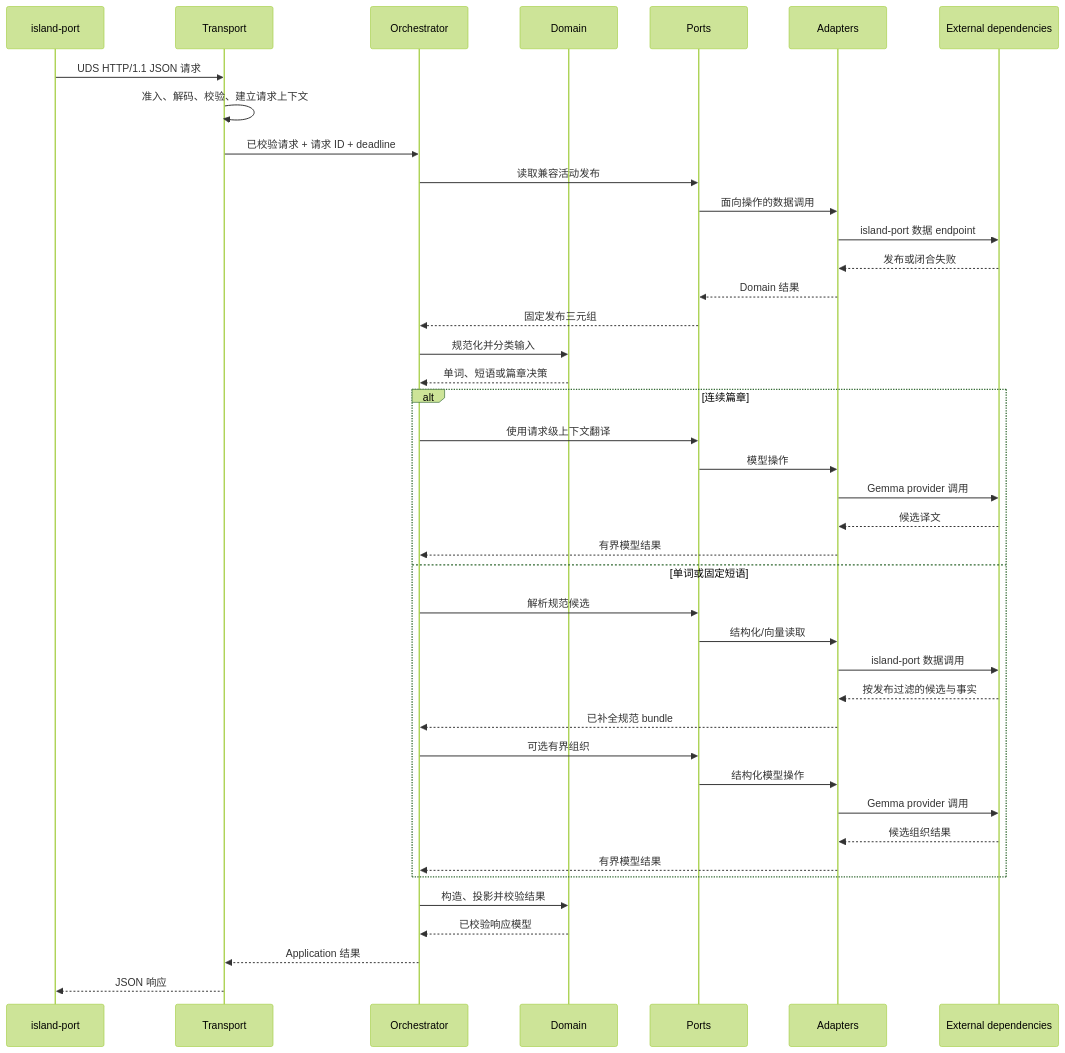
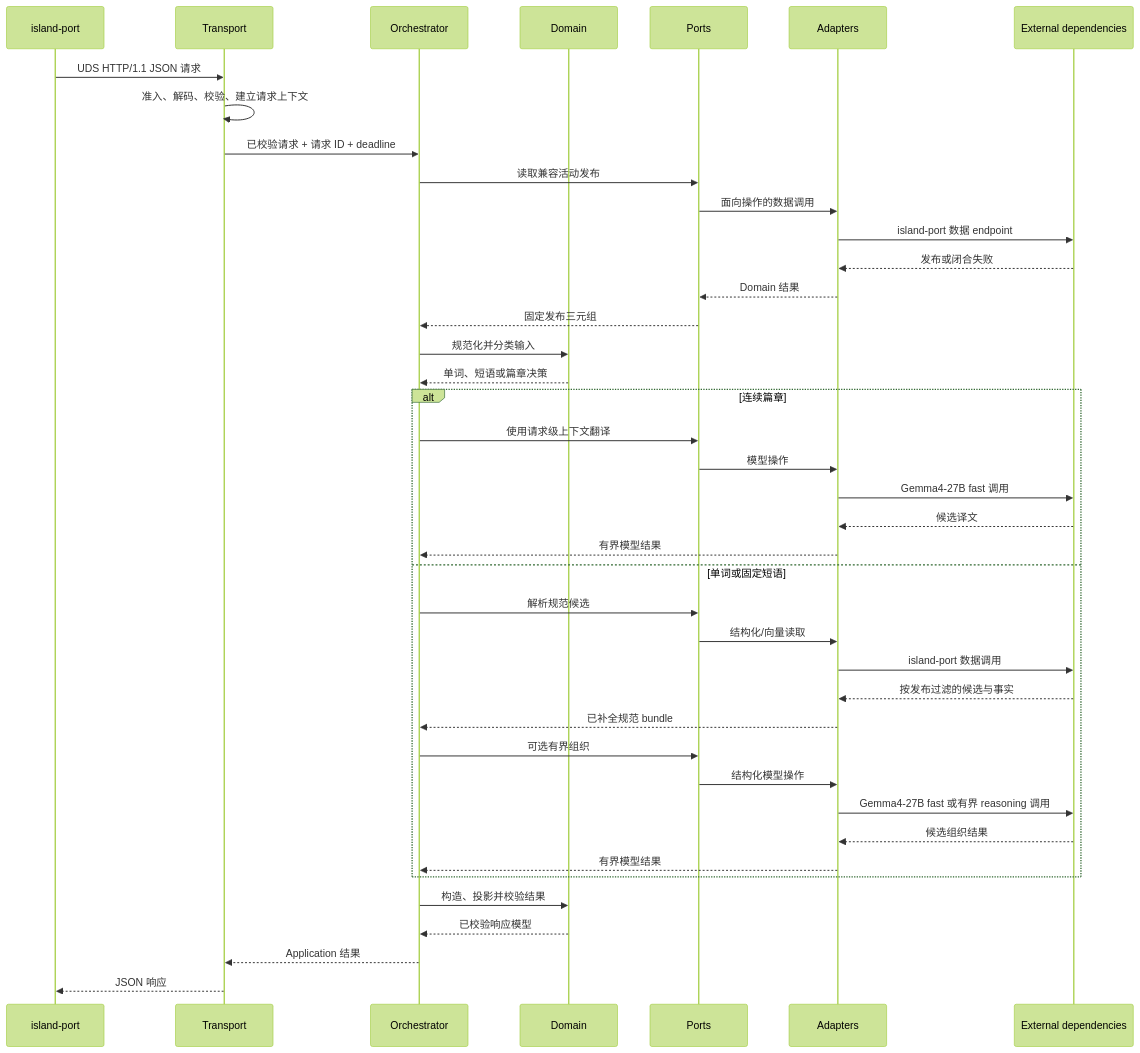
One commit to Ashex-x/Transnet changed the diagram in docs_cn/reference/application/request-dataflow_cn.md. Above: the diagram before and after it, drawn with Mermaid (forest theme). The commit also changed other lines of this file and 15 other files, not shown here.

Commit message:
docs: align target architecture with available models

```diff
--- a/docs_cn/reference/application/request-dataflow_cn.md
+++ b/docs_cn/reference/application/request-dataflow_cn.md
@@ -11,44 +11,44 @@
 ~~~mermaid
 sequenceDiagram
   participant IP as island-port
   participant T as Transport
   participant O as Orchestrator
   participant D as Domain
   participant P as Ports
   participant A as Adapters
   participant X as External dependencies
 
   IP->>T: UDS HTTP/1.1 JSON 请求
   T->>T: 准入、解码、校验、建立请求上下文
   T->>O: 已校验请求 + 请求 ID + deadline
   O->>P: 读取兼容活动发布
   P->>A: 面向操作的数据调用
   A->>X: island-port 数据 endpoint
   X-->>A: 发布或闭合失败
   A-->>P: Domain 结果
   P-->>O: 固定发布三元组
   O->>D: 规范化并分类输入
   D-->>O: 单词、短语或篇章决策
   alt 连续篇章
     O->>P: 使用请求级上下文翻译
     P->>A: 模型操作
-    A->>X: Gemma provider 调用
+    A->>X: Gemma4-27B fast 调用
     X-->>A: 候选译文
     A-->>O: 有界模型结果
   else 单词或固定短语
     O->>P: 解析规范候选
     P->>A: 结构化/向量读取
     A->>X: island-port 数据调用
     X-->>A: 按发布过滤的候选与事实
     A-->>O: 已补全规范 bundle
     O->>P: 可选有界组织
     P->>A: 结构化模型操作
-    A->>X: Gemma provider 调用
+    A->>X: Gemma4-27B fast 或有界 reasoning 调用
     X-->>A: 候选组织结果
     A-->>O: 有界模型结果
   end
   O->>D: 构造、投影并校验结果
   D-->>O: 已校验响应模型
   O-->>T: Application 结果
   T-->>IP: JSON 响应
 ~~~
```
